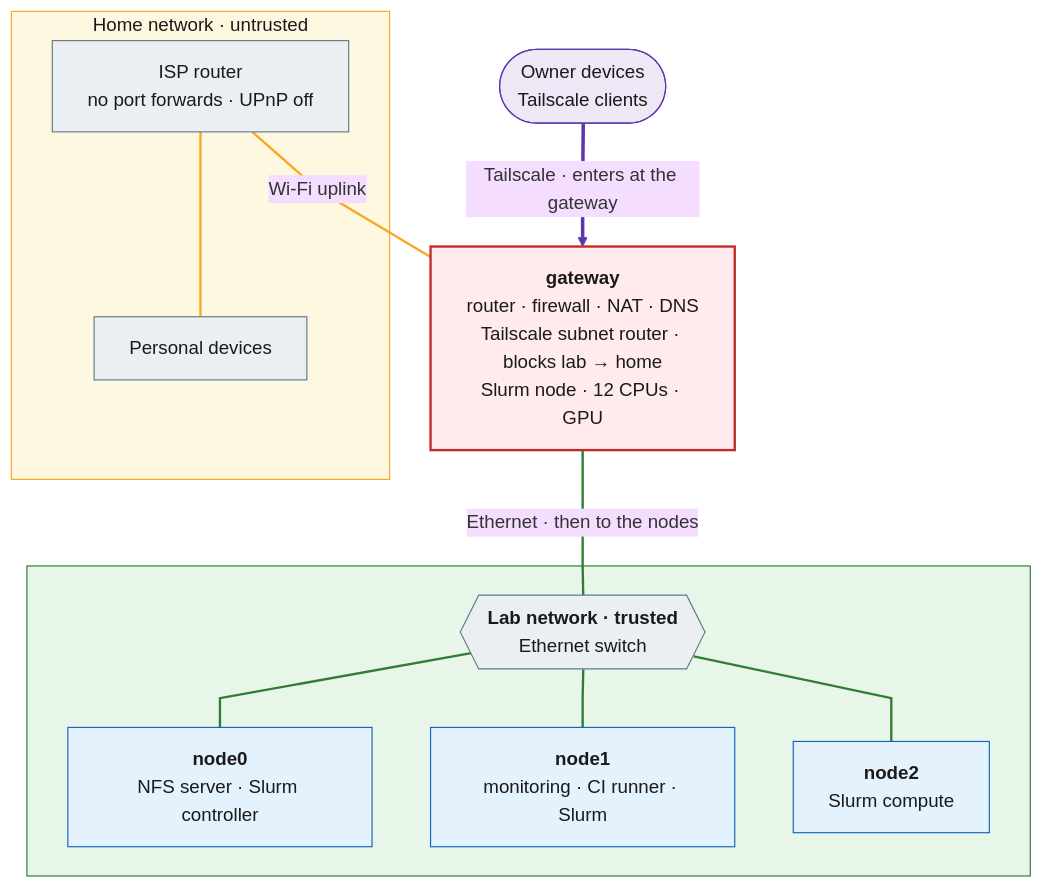
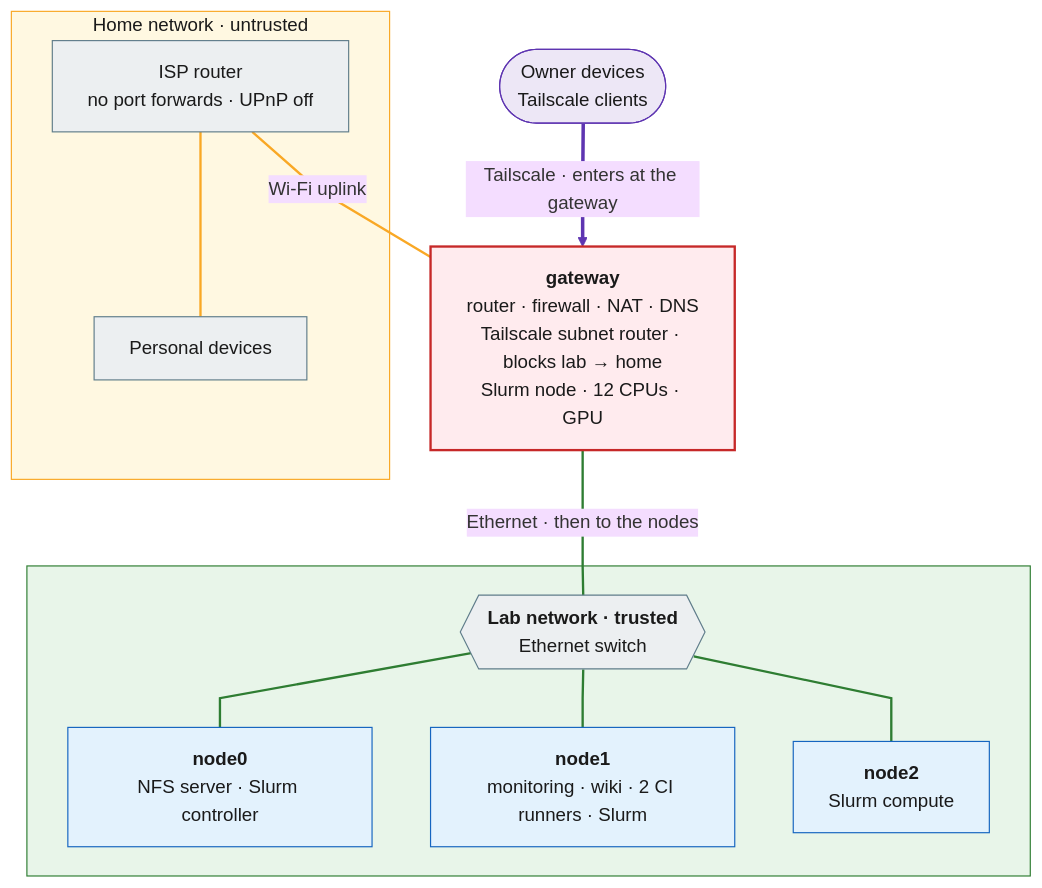
Before and after one commit to RyanMoore-phys/homelab-infra: the first of 2 diagrams in README.md, drawn with Mermaid (base theme). The commit also changed other lines of this file and 17 other files, not shown here.

````diff
--- a/README.md
+++ b/README.md
@@ -24,38 +26,38 @@
 ```mermaid
 flowchart TB
     owner(["Owner devices<br/>Tailscale clients"])
     subgraph HOME["Home network · untrusted"]
         isp["ISP router<br/>no port forwards · UPnP off"]
         personal["Personal devices"]
     end
     gw["<b>gateway</b><br/>router · firewall · NAT · DNS<br/>Tailscale subnet router · blocks lab → home<br/>Slurm node · 12 CPUs · GPU"]
     subgraph LAB[" "]
         sw{{"<b>Lab network · trusted</b><br/>Ethernet switch"}}
         n0["<b>node0</b><br/>NFS server · Slurm controller"]
-        n1["<b>node1</b><br/>monitoring · CI runner · Slurm"]
+        n1["<b>node1</b><br/>monitoring · wiki · 2 CI runners · Slurm"]
         n2["<b>node2</b><br/>Slurm compute"]
     end
 
     owner ==>|"Tailscale · enters at the gateway"| gw
     isp ---|"Wi-Fi uplink"| gw
     isp --- personal
     gw ---|"Ethernet · then to the nodes"| sw
     sw --- n0
     sw --- n1
     sw --- n2
 
     classDef boundary fill:#ffebee,stroke:#c62828,stroke-width:2px,color:#1a1a1a
     classDef host fill:#e3f2fd,stroke:#1565c0,color:#1a1a1a
     classDef infra fill:#eceff1,stroke:#607d8b,color:#1a1a1a
     classDef actor fill:#ede7f6,stroke:#5e35b1,color:#1a1a1a
     class gw boundary
     class n0,n1,n2 host
     class sw,isp,personal infra
     class owner actor
     style LAB fill:#e8f5e9,stroke:#2e7d32,color:#1a1a1a
     style HOME fill:#fff8e1,stroke:#f9a825,color:#1a1a1a
     linkStyle default interpolate linear
     linkStyle 0 stroke:#5e35b1,stroke-width:3px
     linkStyle 1,2 stroke:#f9a825,stroke-width:2px
     linkStyle 3,4,5,6 stroke:#2e7d32,stroke-width:2px
 ```
````
